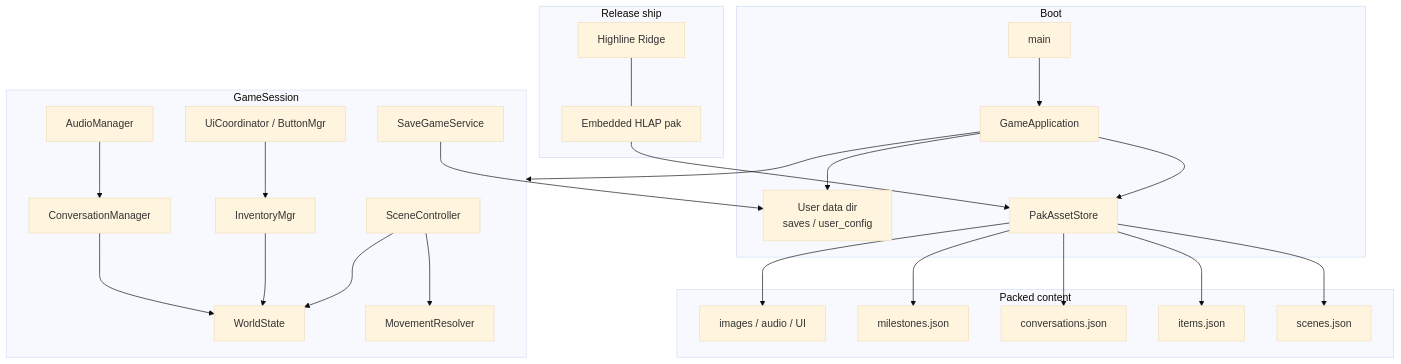
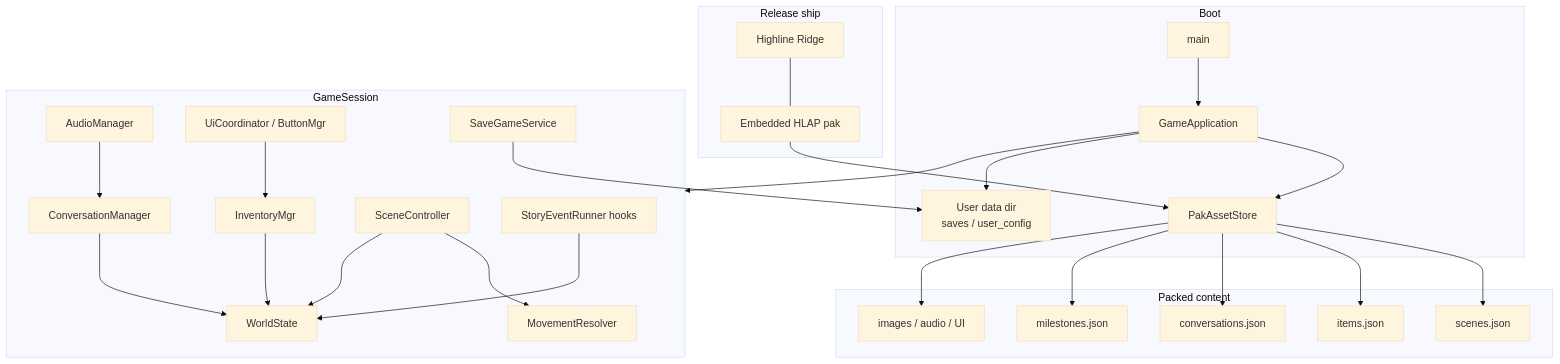
One commit to mreff555/Highline_Ridge changed the first of 3 diagrams in README.md. Above: the diagram before and after it, drawn with Mermaid (base theme). The commit also changed other lines of this file and 6 other files, not shown here.

````diff
--- a/README.md
+++ b/README.md
@@ -67,48 +150,50 @@
 ```mermaid
 flowchart TB
   subgraph Ship["Release ship"]
     BIN["Highline Ridge"]
     PAK["Embedded HLAP pak"]
   end
 
   subgraph Boot["Boot"]
     MAIN["main"]
     APP["GameApplication"]
     STORE["PakAssetStore"]
     UDATA["User data dir\nsaves / user_config"]
   end
 
   subgraph Data["Packed content"]
     SC["scenes.json"]
     IT["items.json"]
     CV["conversations.json"]
     MS["milestones.json"]
     MED["images / audio / UI"]
   end
 
   subgraph Session["GameSession"]
     SCCTL["SceneController"]
     MOVE["MovementResolver"]
     INV["InventoryMgr"]
     AUD["AudioManager"]
     UI["UiCoordinator / ButtonMgr"]
     CONV["ConversationManager"]
+    EV["StoryEventRunner hooks"]
     SAVE["SaveGameService"]
     WS["WorldState"]
   end
 
   MAIN --> APP
   BIN --- PAK
   APP --> STORE
   PAK --> STORE
   APP --> UDATA
   STORE --> SC & IT & CV & MS & MED
   APP --> Session
   SCCTL --> MOVE
   SCCTL --> WS
+  EV --> WS
   CONV --> WS
   INV --> WS
   SAVE --> UDATA
   UI --> INV
   AUD --> CONV
 ```
````
